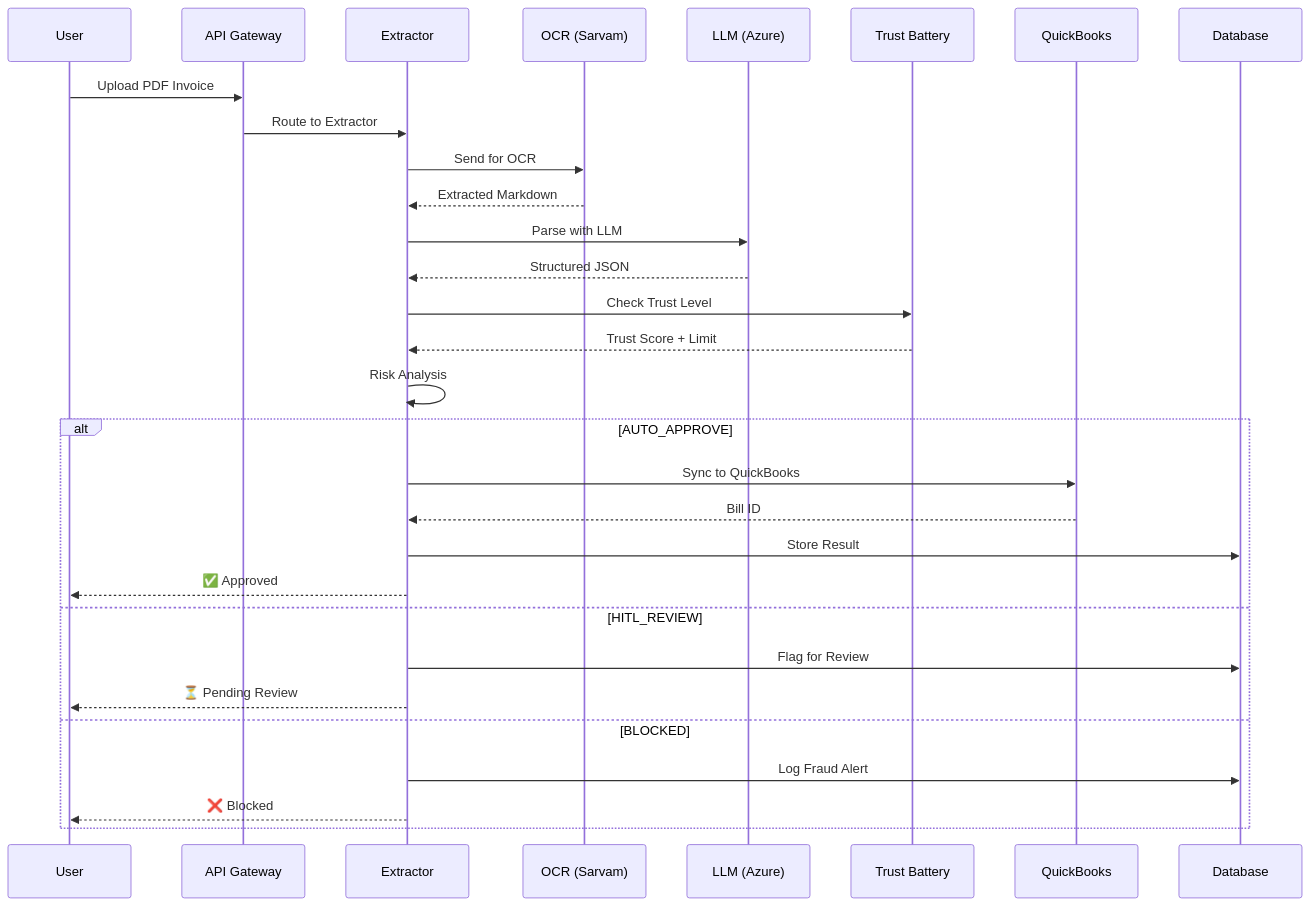
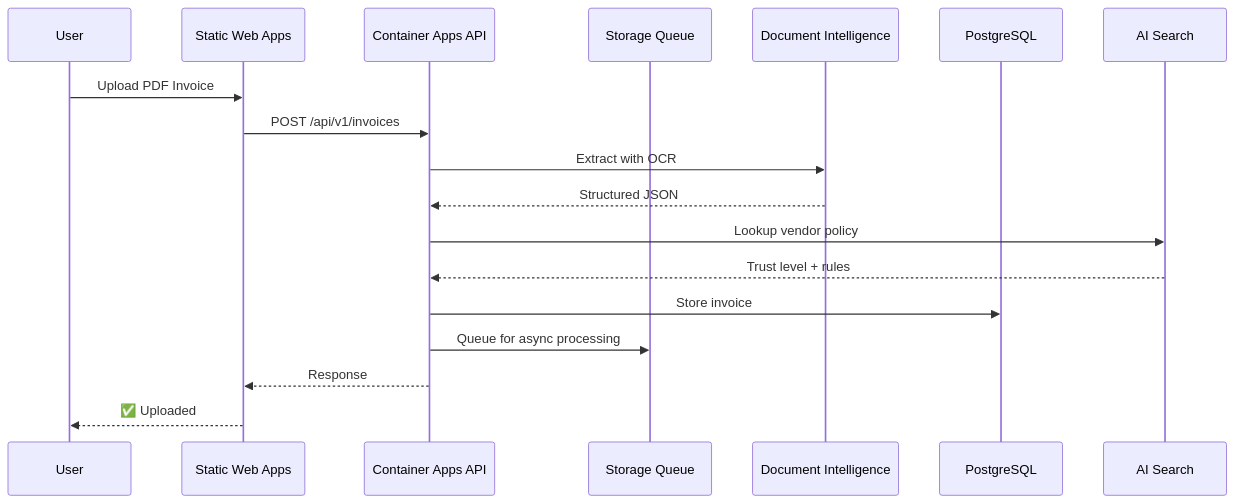
Before and after one commit to Aparnap2/invoicify: the second of 2 diagrams in README.md, drawn with Mermaid. The commit also changed other lines of this file and 1 other file, not shown here.

First line of the commit message:
docs: Update README and DEPLOY with current architecture

````diff
--- a/README.md
+++ b/README.md
@@ -122,34 +218,21 @@
 ```mermaid
 sequenceDiagram
     participant U as User
-    participant A as API Gateway
-    participant E as Extractor
-    participant O as OCR (Sarvam)
-    participant L as LLM (Azure)
-    participant T as Trust Battery
-    participant Q as QuickBooks
-    participant D as Database
+    participant W as Static Web Apps
+    participant A as Container Apps API
+    participant Q as Storage Queue
+    participant D as Document Intelligence
+    participant P as PostgreSQL
+    participant S as AI Search
     
-    U->>A: Upload PDF Invoice
-    A->>E: Route to Extractor
-    E->>O: Send for OCR
-    O-->>E: Extracted Markdown
-    E->>L: Parse with LLM
-    L-->>E: Structured JSON
-    E->>T: Check Trust Level
-    T-->>E: Trust Score + Limit
-    E->>E: Risk Analysis
-    
-    alt AUTO_APPROVE
-        E->>Q: Sync to QuickBooks
-        Q-->>E: Bill ID
-        E->>D: Store Result
-        E-->>U: ✅ Approved
-    else HITL_REVIEW
-        E->>D: Flag for Review
-        E-->>U: ⏳ Pending Review
-    else BLOCKED
-        E->>D: Log Fraud Alert
-        E-->>U: ❌ Blocked
-    end
+    U->>W: Upload PDF Invoice
+    W->>A: POST /api/v1/invoices
+    A->>D: Extract with OCR
+    D-->>A: Structured JSON
+    A->>S: Lookup vendor policy
+    S-->>A: Trust level + rules
+    A->>P: Store invoice
+    A->>Q: Queue for async processing
+    A-->>W: Response
+    W-->>U: ✅ Uploaded
 ```
````
